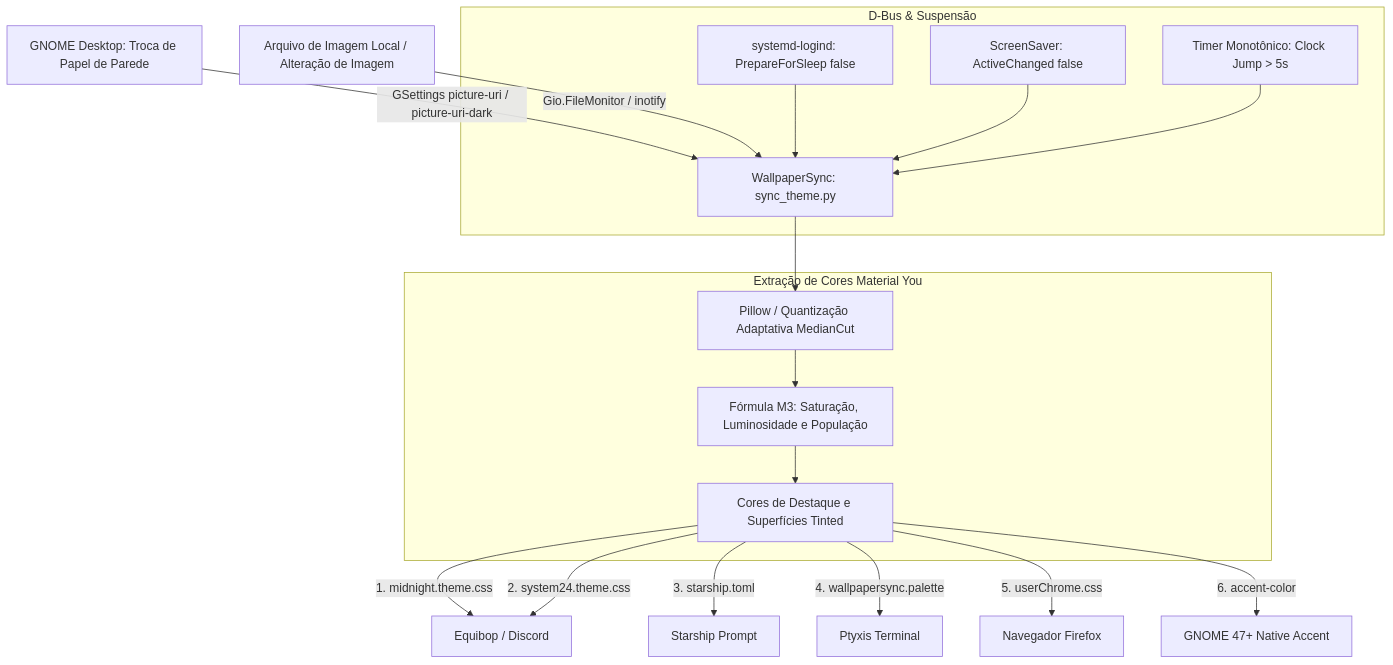
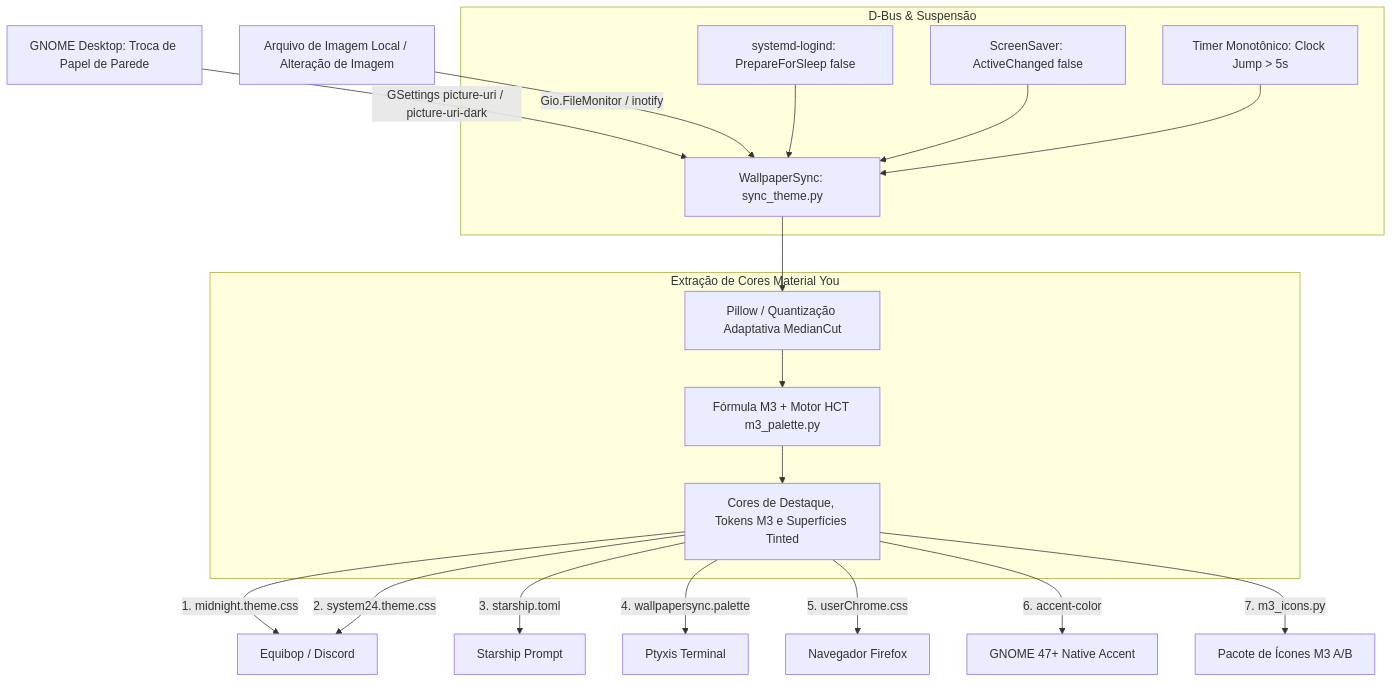
The diagram in README.md (PedroMachado1/WallpaperSync), drawn with Mermaid before and after one commit. The commit also changed other lines of this file and 4 other files, not shown here.

````diff
--- a/README.md
+++ b/README.md
@@ -24,24 +25,25 @@
 ```mermaid
 flowchart TD
     A[GNOME Desktop: Troca de Papel de Parede] -->|GSettings picture-uri / picture-uri-dark| D[WallpaperSync: sync_theme.py]
     A2[Arquivo de Imagem Local / Alteração de Imagem] -->|Gio.FileMonitor / inotify| D
     
     subgraph D-Bus & Suspensão
         S1[systemd-logind: PrepareForSleep false] --> D
         S2[ScreenSaver: ActiveChanged false] --> D
         S3[Timer Monotônico: Clock Jump > 5s] --> D
     end
 
     subgraph Extração de Cores Material You
         D --> E1[Pillow / Quantização Adaptativa MedianCut]
-        E1 --> E2[Fórmula M3: Saturação, Luminosidade e População]
-        E2 --> E3[Cores de Destaque e Superfícies Tinted]
+        E1 --> E2[Fórmula M3 + Motor HCT m3_palette.py]
+        E2 --> E3[Cores de Destaque, Tokens M3 e Superfícies Tinted]
     end
 
     E3 -->|1. midnight.theme.css| F1[Equibop / Discord]
     E3 -->|2. system24.theme.css| F1
     E3 -->|3. starship.toml| F2[Starship Prompt]
     E3 -->|4. wallpapersync.palette| F3[Ptyxis Terminal]
     E3 -->|5. userChrome.css| F4[Navegador Firefox]
     E3 -->|6. accent-color| F5[GNOME 47+ Native Accent]
+    E3 -->|7. m3_icons.py| F6[Pacote de Ícones M3 A/B]
 ```
````
